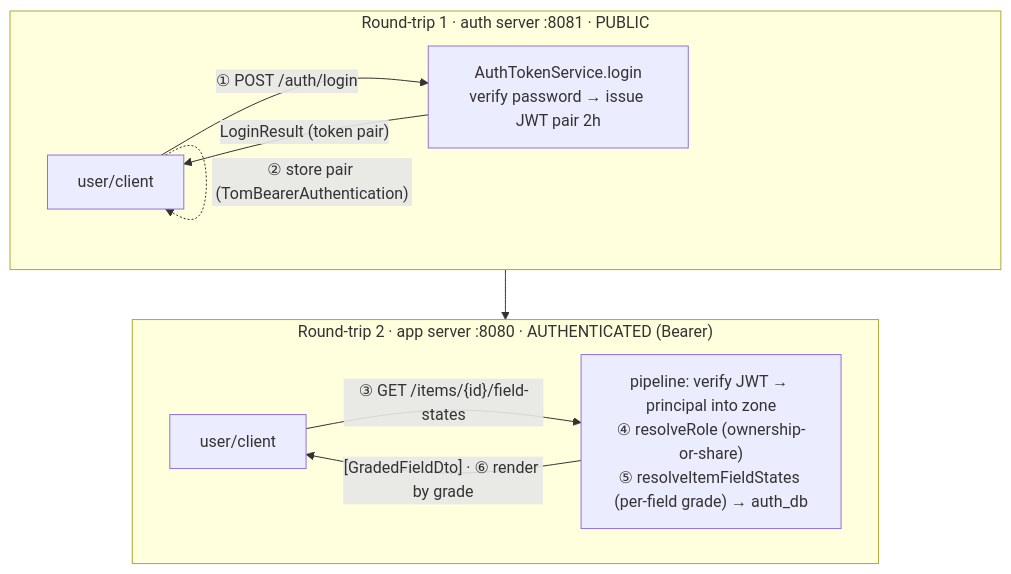
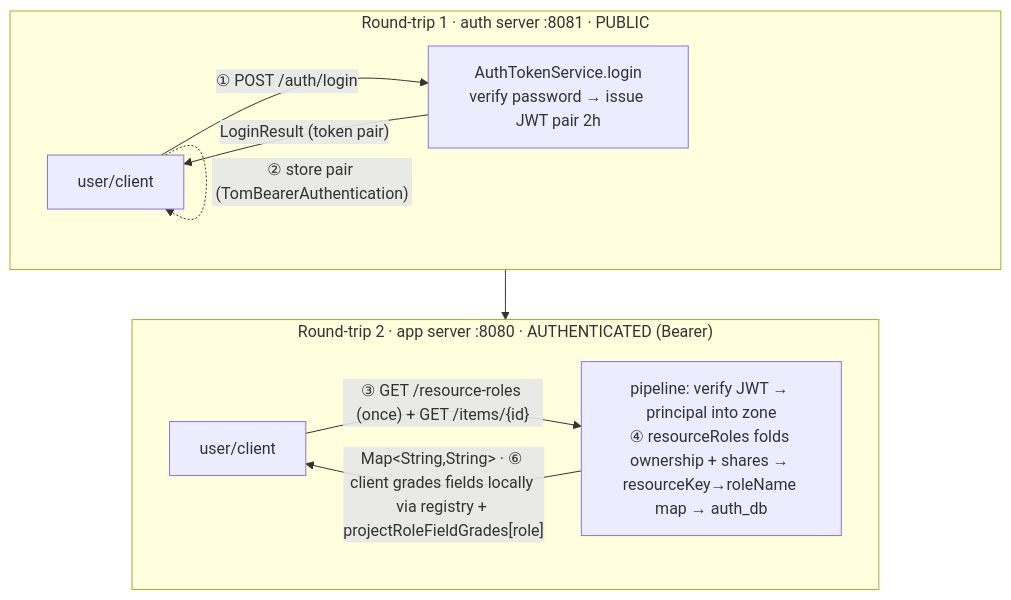
One commit to al-the-bear/tom_core changed the seventh of 7 diagrams in tom_core_samples/README_advanced_01_architecture.md. Above: the diagram before and after it, drawn with Mermaid. The commit also changed other lines of this file and 24 other files, not shown here.

First line of the commit message:
tom_core_samples: RCB6 — delete orphaned server itemFieldStates read path

````diff
--- a/tom_core_samples/README_advanced_01_architecture.md
+++ b/tom_core_samples/README_advanced_01_architecture.md
@@ -307,13 +309,13 @@
 ```mermaid
 graph TB
   subgraph RT1["Round-trip 1 · auth server :8081 · PUBLIC"]
     u1[user/client] -- "① POST /auth/login" --> at[AuthTokenService.login<br/>verify password → issue JWT pair 2h]
     at -- "LoginResult (token pair)" --> u1
     u1 -. "② store pair (TomBearerAuthentication)" .-> u1
   end
   subgraph RT2["Round-trip 2 · app server :8080 · AUTHENTICATED (Bearer)"]
-    u2[user/client] -- "③ GET /items/{id}/field-states" --> pipe["pipeline: verify JWT → principal into zone<br/>④ resolveRole (ownership-or-share)<br/>⑤ resolveItemFieldStates (per-field grade) → auth_db"]
-    pipe -- "[GradedFieldDto] · ⑥ render by grade" --> u2
+    u2[user/client] -- "③ GET /resource-roles (once) + GET /items/{id}" --> pipe["pipeline: verify JWT → principal into zone<br/>④ resourceRoles folds ownership + shares → resourceKey→roleName map → auth_db"]
+    pipe -- "Map&lt;String,String&gt; · ⑥ client grades fields locally via registry + projectRoleFieldGrades[role]" --> u2
   end
   RT1 --> RT2
 ```
````
